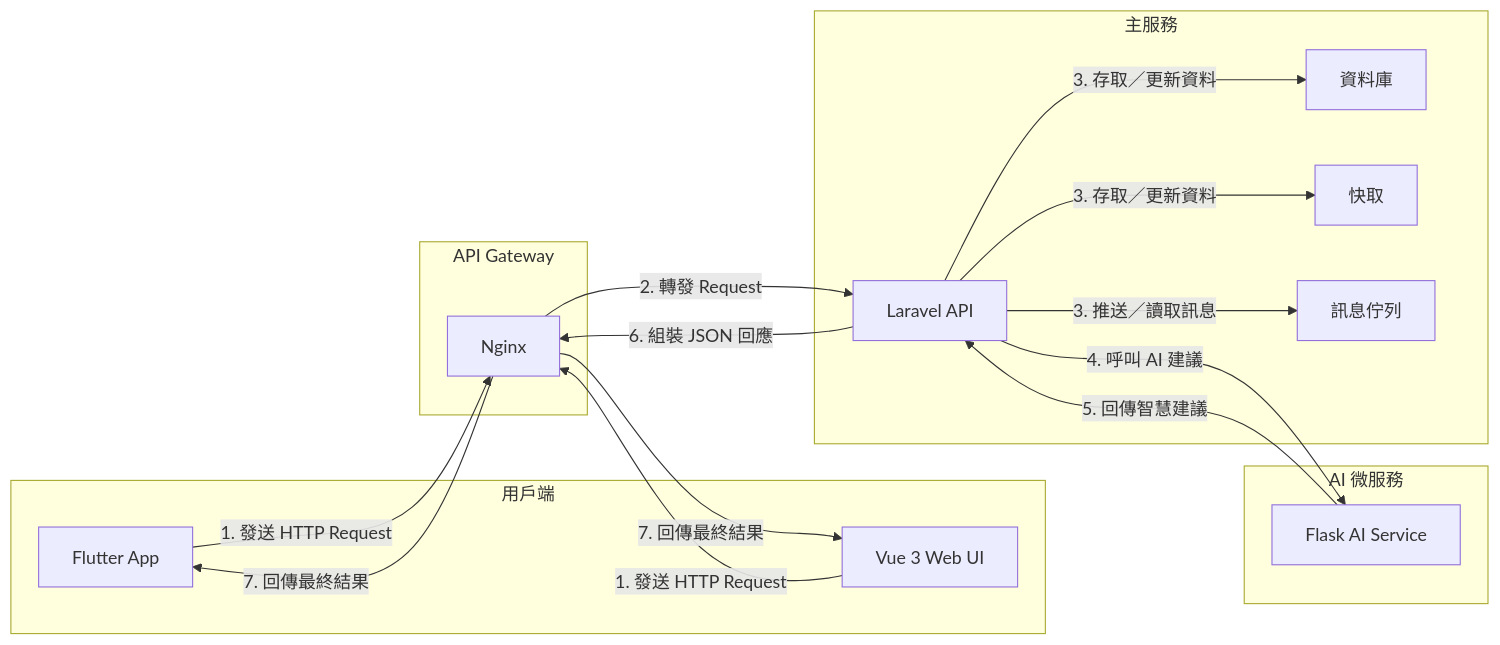
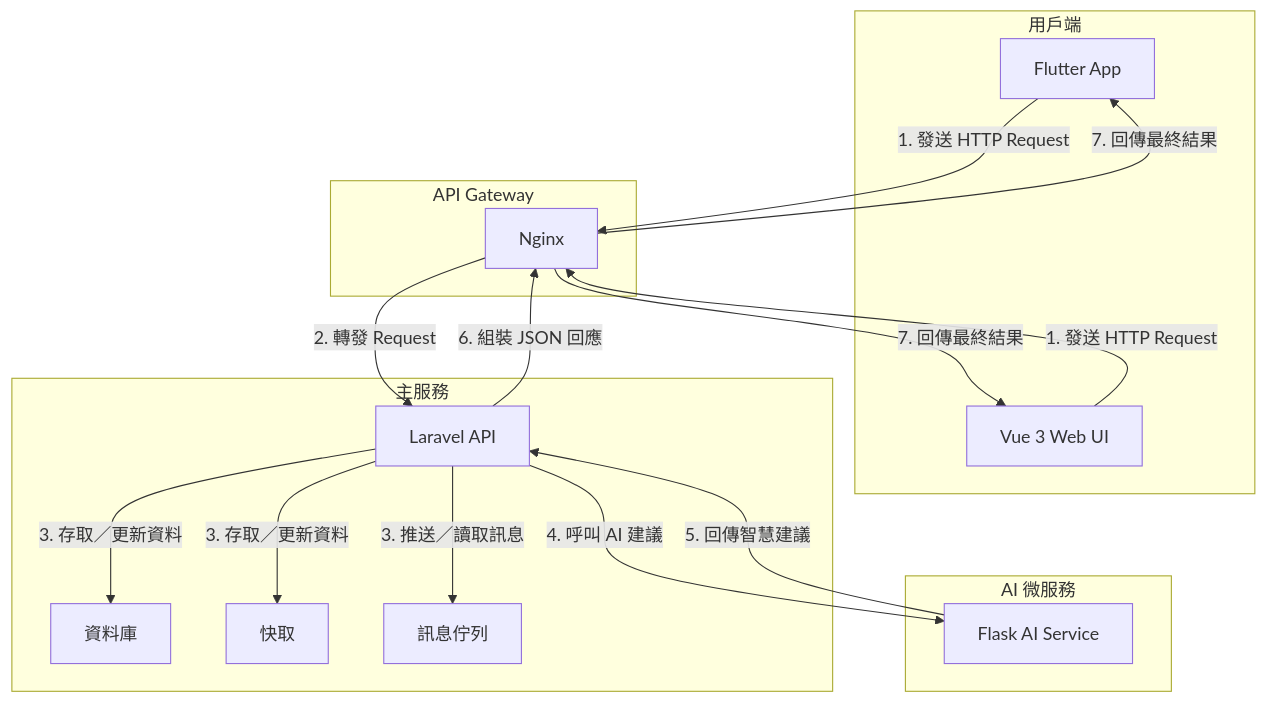
Before and after one commit to BpsEason/petcarehub: the diagram in README.md, drawn with Mermaid.

````diff
--- a/README.md
+++ b/README.md
@@ -44,37 +44,36 @@
 ```mermaid
-flowchart LR
-    %% Subgraph ID 使用 ASCII，方括號中顯示中文名稱
-    subgraph clients ["用戶端"]
-        A1["Flutter App"]
-        A2["Vue 3 Web UI"]
-    end
+graph TD
+  %% Subgraph ID 使用 ASCII，方括號中顯示中文名稱
+  subgraph clients [用戶端]
+    A1["Flutter App"]
+    A2["Vue 3 Web UI"]
+  end
 
-    subgraph gateway ["API Gateway"]
-        B["Nginx"]
-    end
+  subgraph gateway [API Gateway]
+    B["Nginx"]
+  end
 
-    subgraph main ["主服務"]
-        C["Laravel API"]
-        D["資料庫"]
-        E["快取"]
-        F["訊息佇列"]
-    end
+  subgraph main [主服務]
+    C["Laravel API"]
+    D["資料庫"]
+    E["快取"]
+    F["訊息佇列"]
+  end
 
-    subgraph ai ["AI 微服務"]
-        G["Flask AI Service"]
-    end
+  subgraph ai [AI 微服務]
+    G["Flask AI Service"]
+  end
 
-    A1 -->|1. 發送 HTTP Request| B
-    A2 -->|1. 發送 HTTP Request| B
-    B -->|2. 轉發 Request| C
-    C -->|3. 存取／更新資料| D
-    C -->|3. 存取／更新資料| E
-    C -->|3. 推送／讀取訊息| F
-    C -->|4. 呼叫 AI 建議| G
-    G -->|5. 回傳智慧建議| C
-    C -->|6. 組裝 JSON 回應| B
-    B -->|7. 回傳最終結果| A1
-    B -->|7. 回傳最終結果| A2
-
+  A1 -->|1. 發送 HTTP Request| B
+  A2 -->|1. 發送 HTTP Request| B
+  B  -->|2. 轉發 Request| C
+  C  -->|3. 存取／更新資料| D
+  C  -->|3. 存取／更新資料| E
+  C  -->|3. 推送／讀取訊息| F
+  C  -->|4. 呼叫 AI 建議| G
+  G  -->|5. 回傳智慧建議| C
+  C  -->|6. 組裝 JSON 回應| B
+  B  -->|7. 回傳最終結果| A1
+  B  -->|7. 回傳最終結果| A2
 
 ```
````
